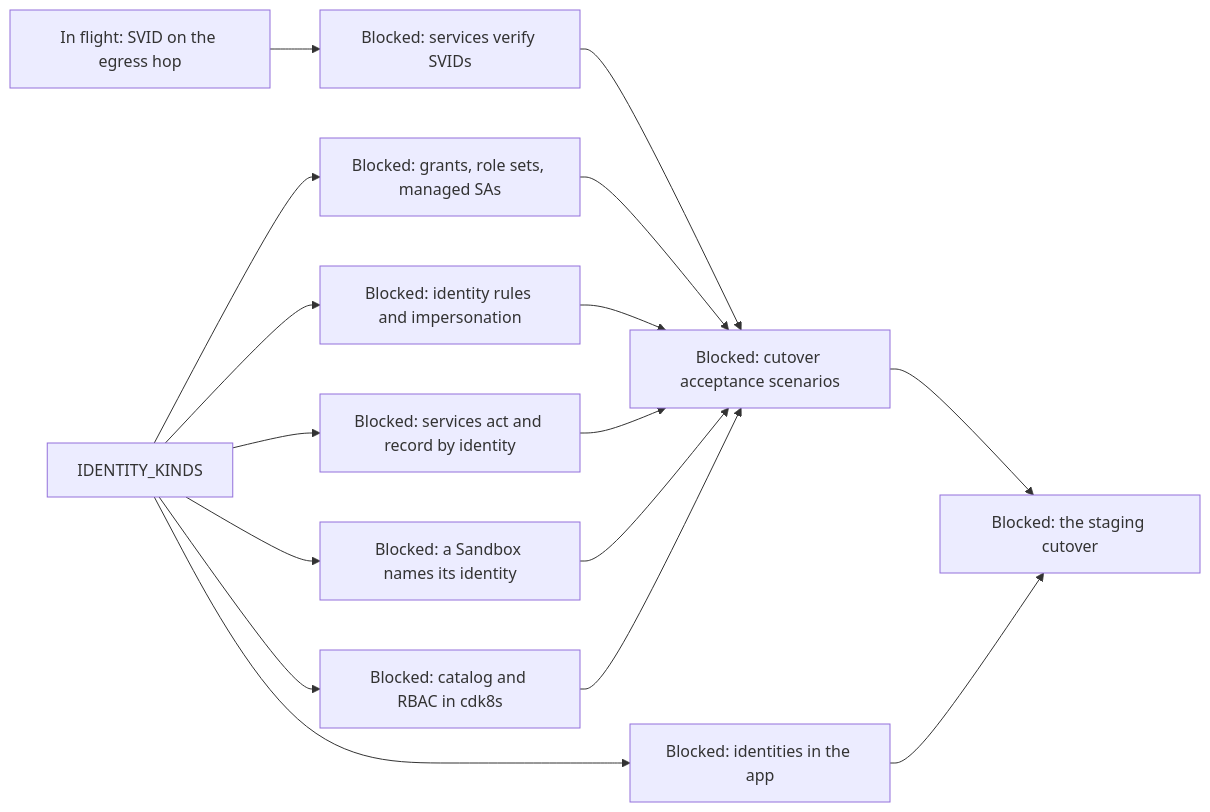
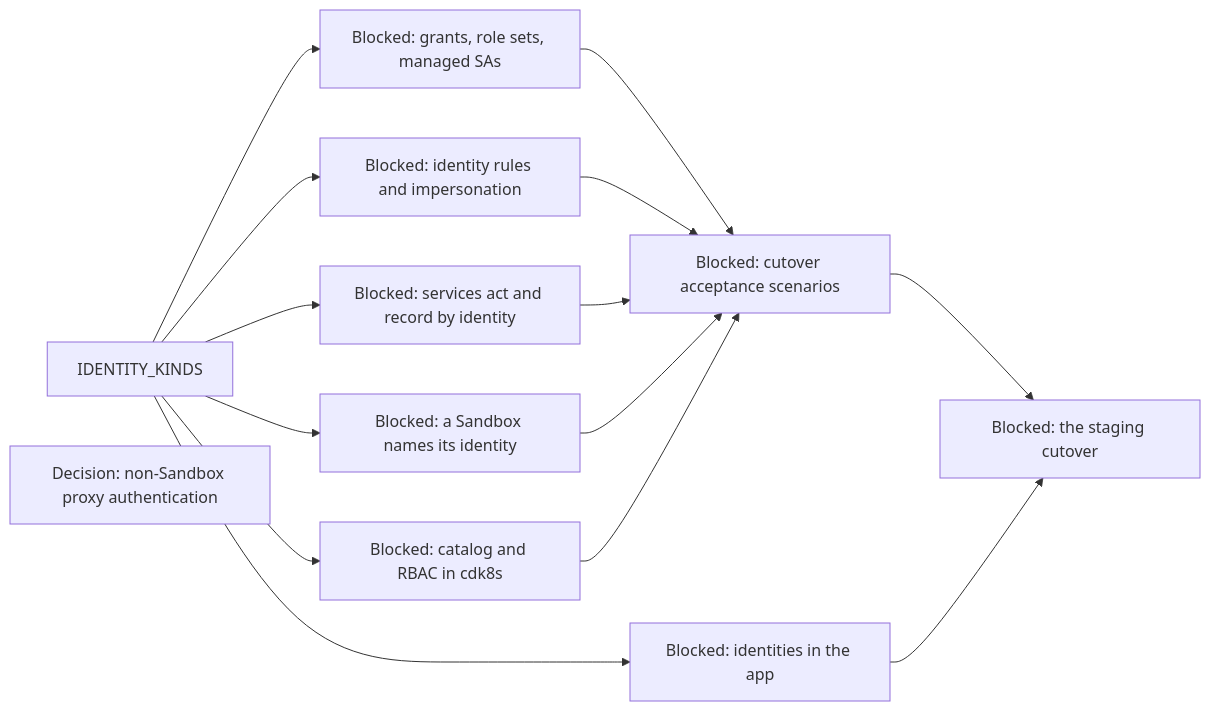
One commit to agentydragon/ducktape changed diagram 17 of 19 in agentplane/plans/task_dag.md. Above: the diagram before and after it, drawn with Mermaid. The commit also changed other lines of this file and 294 other files, not shown here.

First line of the commit message:
Authenticate Sandbox workloads with SVIDs on shared TLS listeners

````diff
--- a/agentplane/plans/task_dag.md
+++ b/agentplane/plans/task_dag.md
@@ -3022,19 +3025,17 @@
 ```mermaid
 flowchart LR
-    SVID_EGRESS_HOP[In flight: SVID on the egress hop]
     IDENTITY_KINDS --> POLICY_GRANTS[Blocked: grants, role sets, managed SAs]
     IDENTITY_KINDS --> EGRESS_IDENTITY_RULES[Blocked: identity rules and impersonation]
     IDENTITY_KINDS --> SERVICES_IDENTITY_PRINCIPAL[Blocked: services act and record by identity]
     IDENTITY_KINDS --> SANDBOX_IDENTITY_SPEC[Blocked: a Sandbox names its identity]
     IDENTITY_KINDS --> IDENTITY_CATALOG[Blocked: catalog and RBAC in cdk8s]
     IDENTITY_KINDS --> APP_IDENTITIES_UI[Blocked: identities in the app]
-    SVID_EGRESS_HOP --> SVID_PLATFORM_ROUTES[Blocked: services verify SVIDs]
-    SVID_PLATFORM_ROUTES --> IDENTITY_SYSTEM_TESTS[Blocked: cutover acceptance scenarios]
-    POLICY_GRANTS --> IDENTITY_SYSTEM_TESTS
+    NON_SANDBOX_PROXY_AUTH[Decision: non-Sandbox proxy authentication]
+    POLICY_GRANTS --> IDENTITY_SYSTEM_TESTS[Blocked: cutover acceptance scenarios]
     EGRESS_IDENTITY_RULES --> IDENTITY_SYSTEM_TESTS
     SERVICES_IDENTITY_PRINCIPAL --> IDENTITY_SYSTEM_TESTS
     SANDBOX_IDENTITY_SPEC --> IDENTITY_SYSTEM_TESTS
     IDENTITY_CATALOG --> IDENTITY_SYSTEM_TESTS
     IDENTITY_SYSTEM_TESTS --> IDENTITY_CUTOVER[Blocked: the staging cutover]
     APP_IDENTITIES_UI --> IDENTITY_CUTOVER
 ```
````
